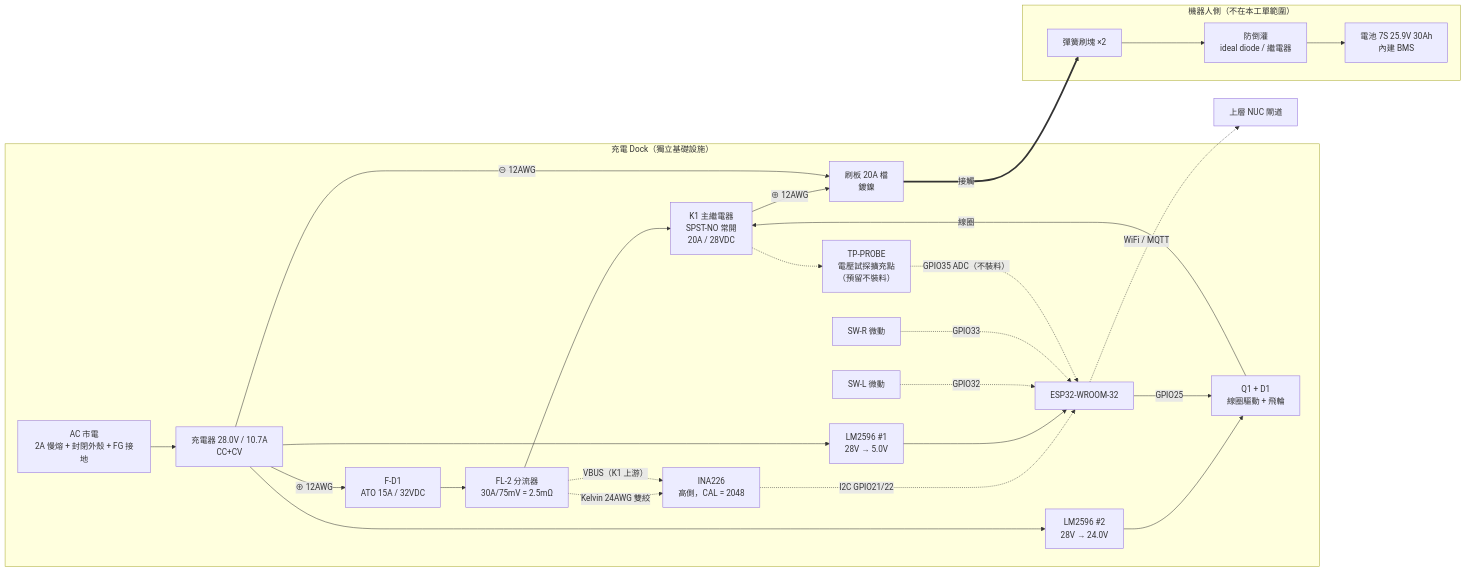
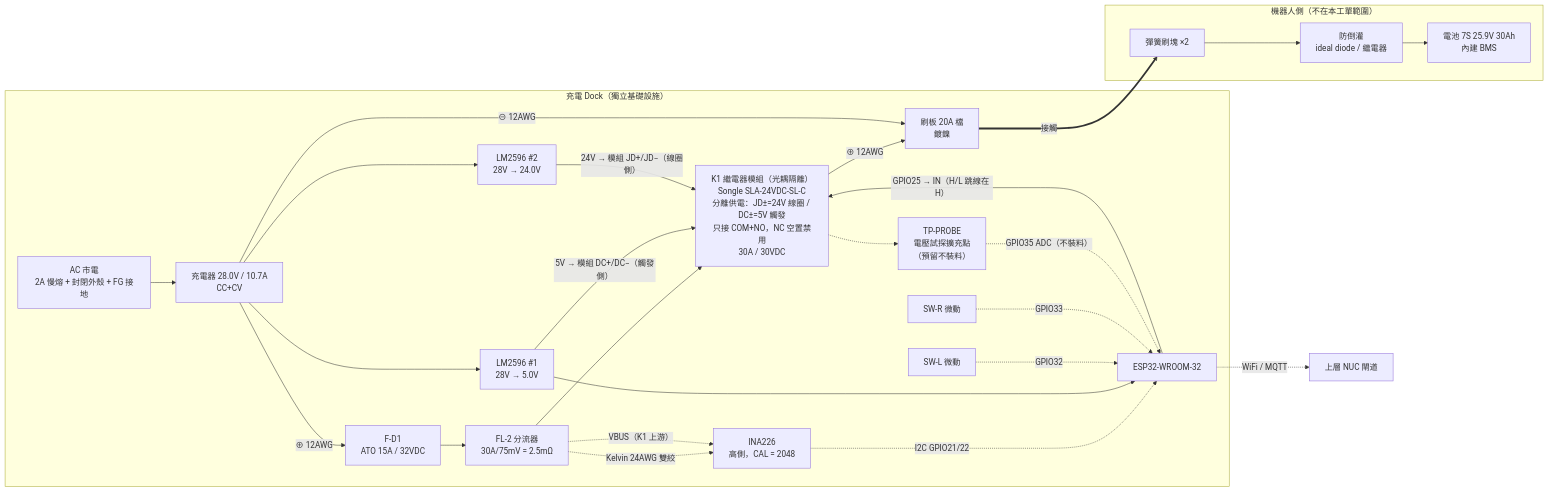
Before and after one commit to liang0929/delivery_robot: the first of 2 diagrams in docs/charging_dock_design.md, drawn with Mermaid. The commit also changed other lines of this file, not shown here.

````diff
--- a/docs/charging_dock_design.md
+++ b/docs/charging_dock_design.md
@@ -56,41 +59,41 @@
 ```mermaid
 flowchart LR
     subgraph DOCK["充電 Dock（獨立基礎設施）"]
         AC["AC 市電<br/>2A 慢熔 + 封閉外殼 + FG 接地"]
         CHG["充電器 28.0V / 10.7A<br/>CC+CV"]
         FD1["F-D1<br/>ATO 15A / 32VDC"]
         SH["FL-2 分流器<br/>30A/75mV = 2.5mΩ"]
-        K1["K1 主繼電器<br/>SPST-NO 常開<br/>20A / 28VDC"]
+        K1["K1 繼電器模組（光耦隔離）<br/>Songle SLA-24VDC-SL-C<br/>分離供電：JD±=24V 線圈 / DC±=5V 觸發<br/>只接 COM+NO，NC 空置禁用<br/>30A / 30VDC"]
         BR["刷板 20A 檔<br/>鍍鎳"]
         INA["INA226<br/>高側，CAL = 2048"]
         ESP["ESP32-WROOM-32"]
         BK1["LM2596 #1<br/>28V → 5.0V"]
         BK2["LM2596 #2<br/>28V → 24.0V"]
-        Q1["Q1 + D1<br/>線圈驅動 + 飛輪"]
         SWL["SW-L 微動"]
         SWR["SW-R 微動"]
         TP["TP-PROBE<br/>電壓試探擴充點<br/>（預留不裝料）"]
     end
 
     subgraph ROBOT["機器人側（不在本工單範圍）"]
         BRUSH["彈簧刷塊 ×2"]
         AD["防倒灌<br/>ideal diode / 繼電器"]
         BAT["電池 7S 25.9V 30Ah<br/>內建 BMS"]
     end
 
     AC --> CHG
     CHG -->|"⊕ 12AWG"| FD1 --> SH --> K1 -->|"⊕ 12AWG"| BR
     CHG -->|"⊖ 12AWG"| BR
     SH -.->|"Kelvin 24AWG 雙絞"| INA
     SH -.->|"VBUS（K1 上游）"| INA
     INA -.->|"I2C GPIO21/22"| ESP
     CHG --> BK1 --> ESP
-    CHG --> BK2 --> Q1
-    ESP -->|"GPIO25"| Q1 -->|"線圈"| K1
+    BK1 -->|"5V → 模組 DC+/DC−（觸發側）"| K1
+    CHG --> BK2 -->|"24V → 模組 JD+/JD−（線圈側）"| K1
+    ESP -->|"GPIO25 → IN（H/L 跳線在 H）"| K1
     SWL -.->|"GPIO32"| ESP
     SWR -.->|"GPIO33"| ESP
     K1 -.-> TP
     TP -.->|"GPIO35 ADC（不裝料）"| ESP
     BR ==>|"接觸"| BRUSH --> AD --> BAT
     ESP -.->|"WiFi / MQTT"| NUC["上層 NUC 閘道"]
 ```
````
